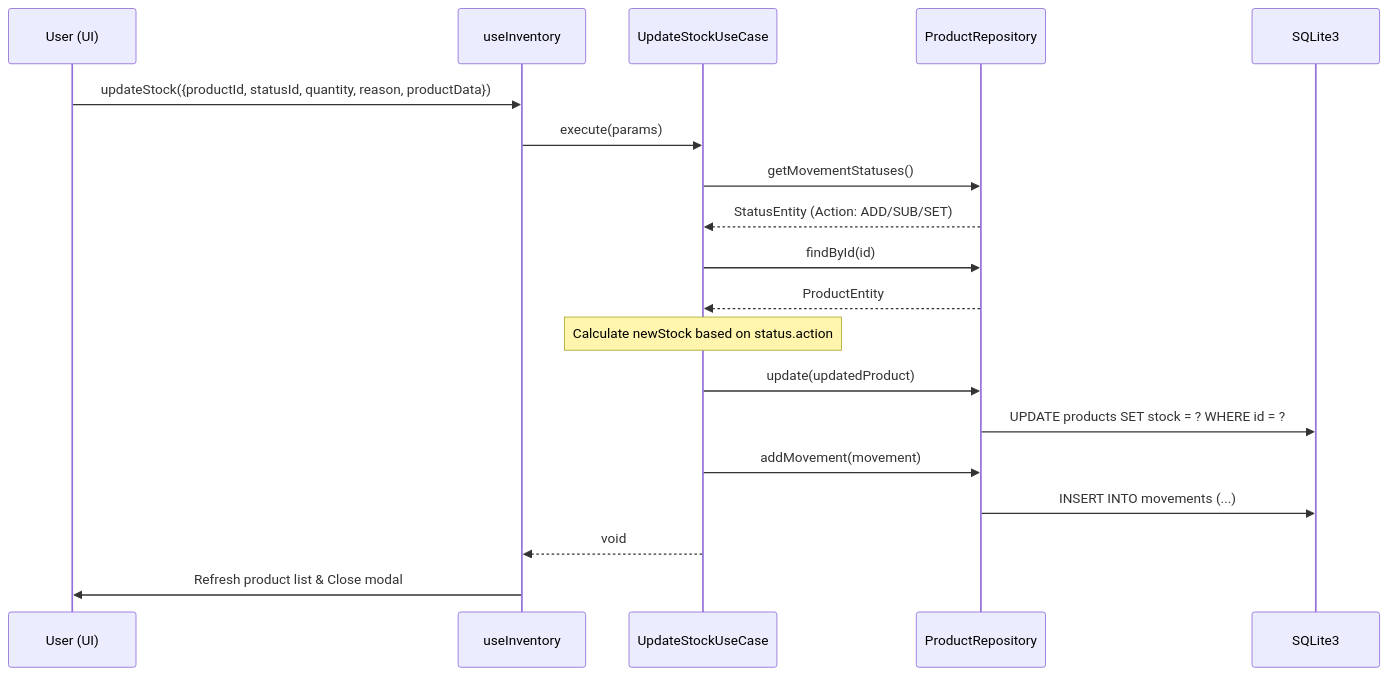
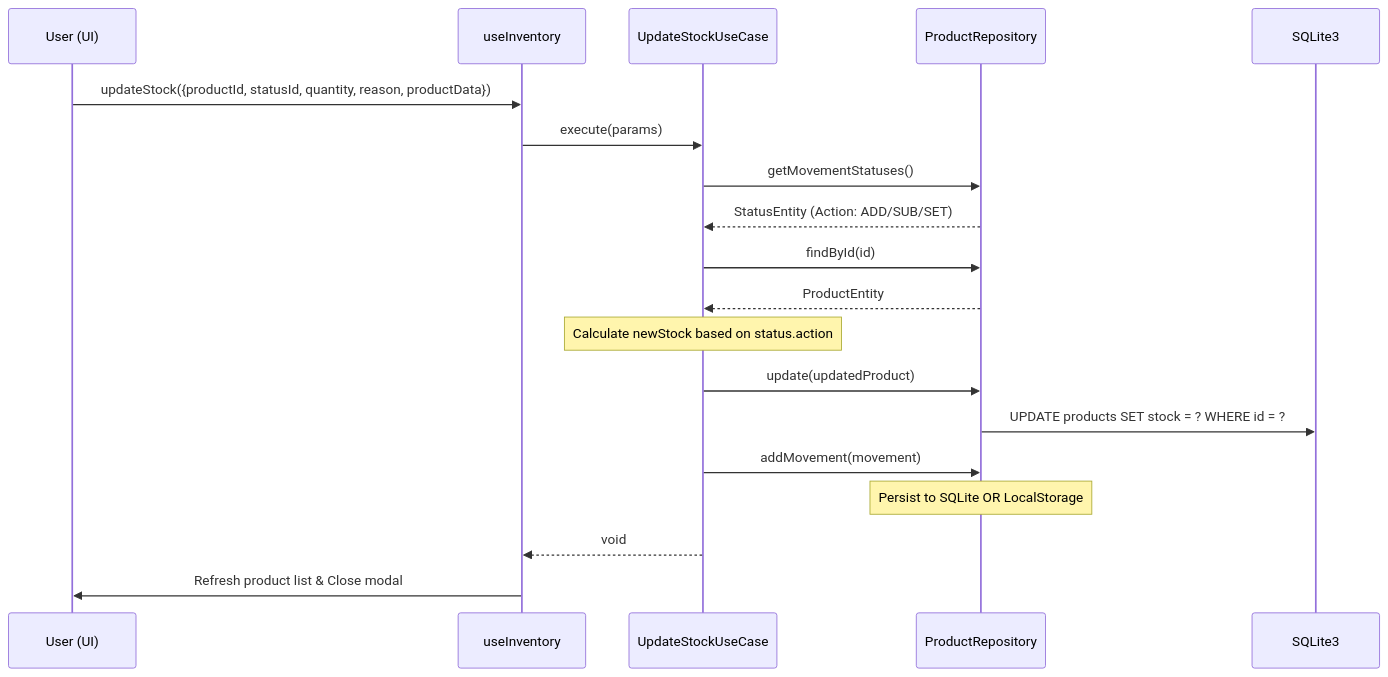
The second of 3 diagrams in SRS.md (bc3-kg/smart-inventory), drawn with Mermaid before and after one commit. The commit also changed other lines of this file and 29 other files, not shown here.

````diff
--- a/SRS.md
+++ b/SRS.md
@@ -53,22 +56,22 @@
 ```mermaid
 sequenceDiagram
     participant U as User (UI)
     participant H as useInventory
     participant UC as UpdateStockUseCase
     participant R as ProductRepository
     participant DB as SQLite3
 
     U->>H: updateStock({productId, statusId, quantity, reason, productData})
     H->>UC: execute(params)
     UC->>R: getMovementStatuses()
     R-->>UC: StatusEntity (Action: ADD/SUB/SET)
     UC->>R: findById(id)
     R-->>UC: ProductEntity
     Note over UC: Calculate newStock based on status.action
     UC->>R: update(updatedProduct)
     R->>DB: UPDATE products SET stock = ? WHERE id = ?
     UC->>R: addMovement(movement)
-    R->>DB: INSERT INTO movements (...)
+    Note over R: Persist to SQLite OR LocalStorage
     UC-->>H: void
     H->>U: Refresh product list & Close modal
 ```
````
